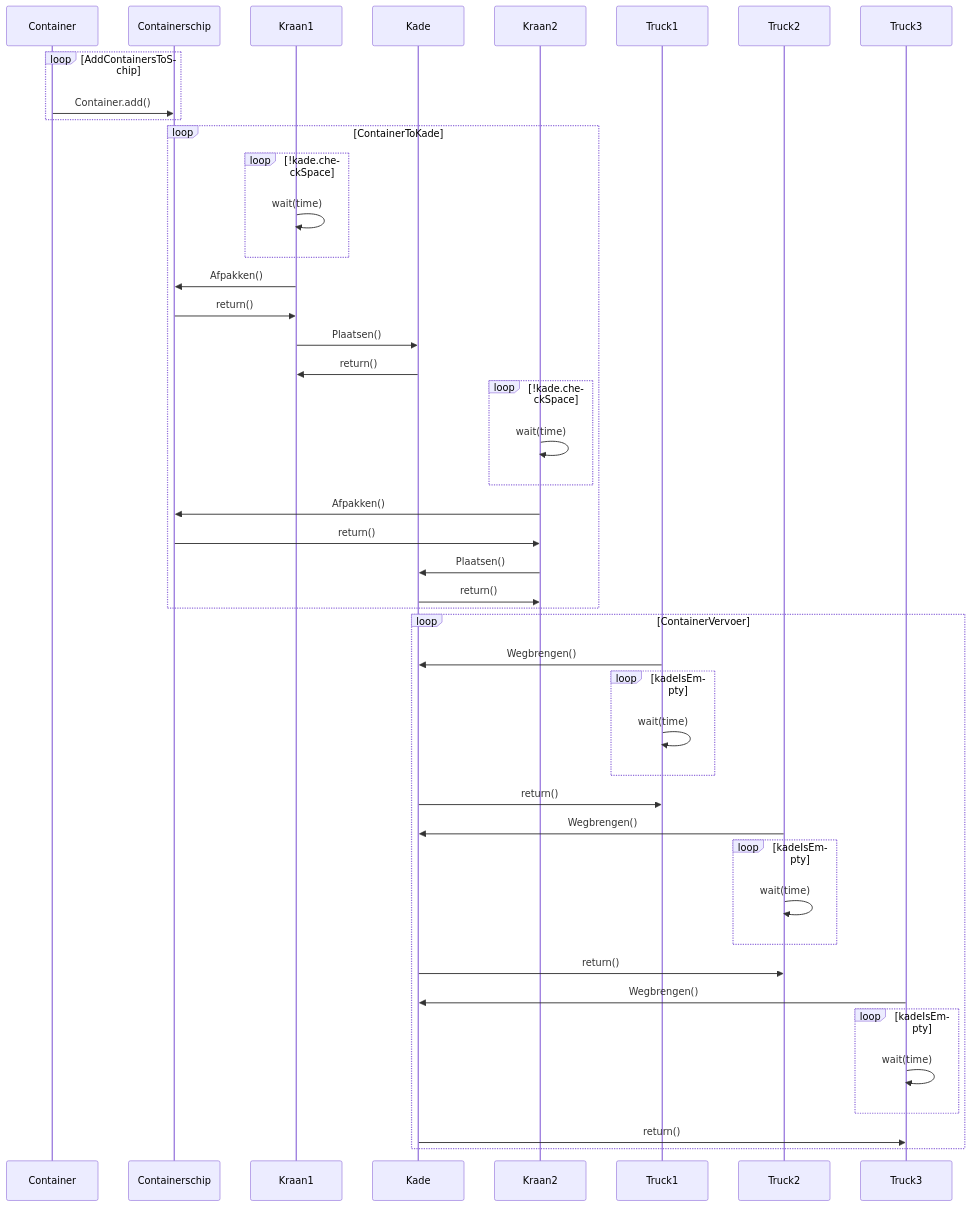
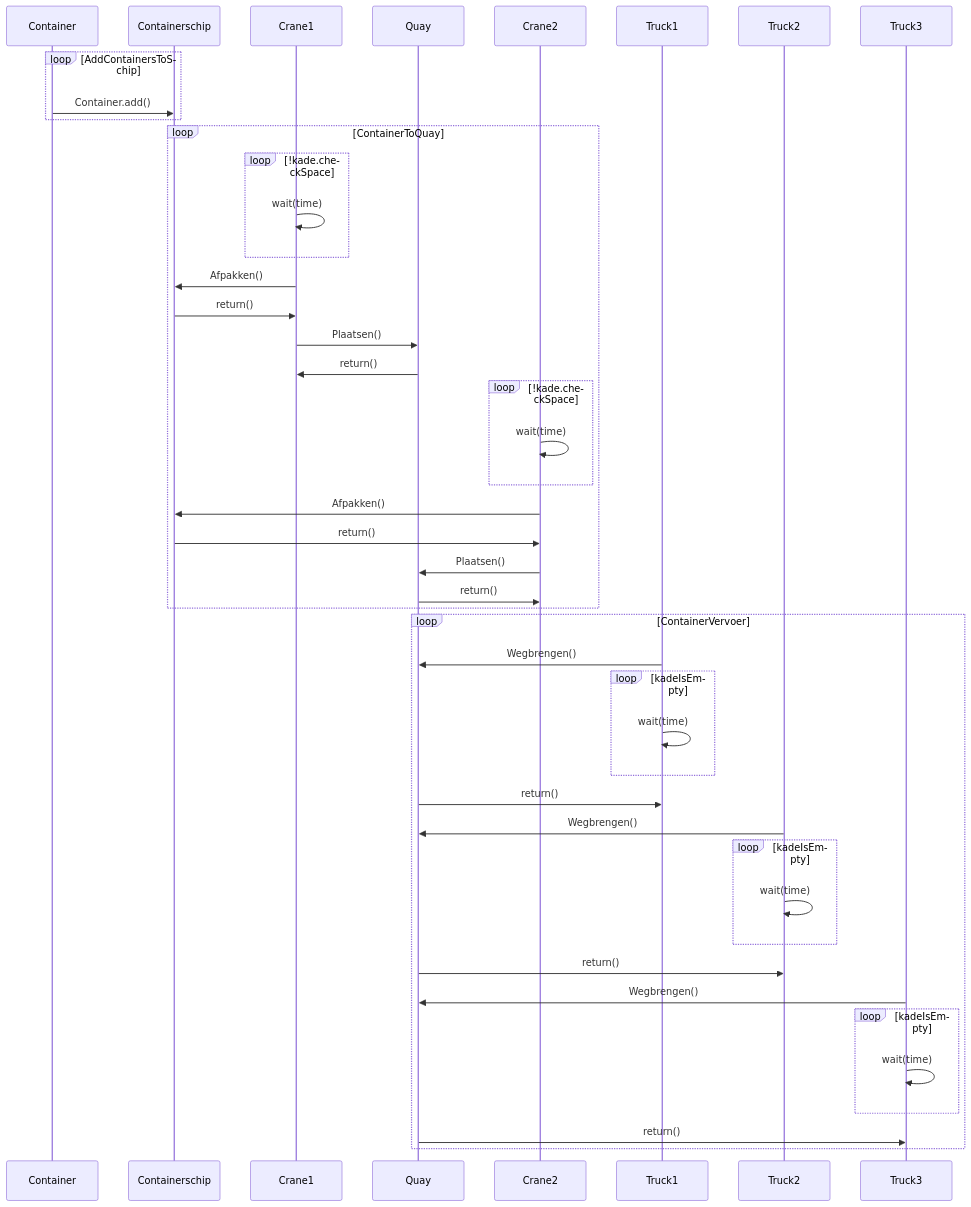
The first of 2 diagrams in ShipQuay/README.md (RockFreakRickerd/SameCodeDifferentLanguagues), drawn with Mermaid before and after one commit. The commit also changed other lines of this file, not shown here.

````diff
--- a/ShipQuay/README.md
+++ b/ShipQuay/README.md
@@ -5,39 +5,39 @@
 ```mermaid
 sequenceDiagram
 loop AddContainersToSchip
   Container->>Containerschip: Container.add()
 end
-loop ContainerToKade
+loop ContainerToQuay
   loop !kade.checkSpace
-    Kraan1->>Kraan1: wait(time)
+    Crane1->>Crane1: wait(time)
   end
-  Kraan1->>Containerschip: Afpakken()
-  Containerschip->>Kraan1: return()
-  Kraan1->>Kade: Plaatsen()
-  Kade->>Kraan1: return()
+  Crane1->>Containerschip: Afpakken()
+  Containerschip->>Crane1: return()
+  Crane1->>Quay: Plaatsen()
+  Quay->>Crane1: return()
   loop !kade.checkSpace
-    Kraan2->>Kraan2: wait(time)
+    Crane2->>Crane2: wait(time)
   end
-  Kraan2->>Containerschip: Afpakken()
-  Containerschip->>Kraan2: return()
-  Kraan2->>Kade: Plaatsen()
-  Kade->>Kraan2: return()
+  Crane2->>Containerschip: Afpakken()
+  Containerschip->>Crane2: return()
+  Crane2->>Quay: Plaatsen()
+  Quay->>Crane2: return()
 end
 loop ContainerVervoer
-  Truck1->>Kade: Wegbrengen()
+  Truck1->>Quay: Wegbrengen()
   loop kadeIsEmpty
     Truck1->>Truck1: wait(time)
   end
-  Kade->>Truck1: return()
-  Truck2->>Kade: Wegbrengen()
+  Quay->>Truck1: return()
+  Truck2->>Quay: Wegbrengen()
   loop kadeIsEmpty
     Truck2->>Truck2: wait(time)
   end
-  Kade->>Truck2: return()
-  Truck3->>Kade: Wegbrengen()
+  Quay->>Truck2: return()
+  Truck3->>Quay: Wegbrengen()
   loop kadeIsEmpty
     Truck3->>Truck3: wait(time)
   end
-  Kade->>Truck3: return()
+  Quay->>Truck3: return()
 end
 ```
````
